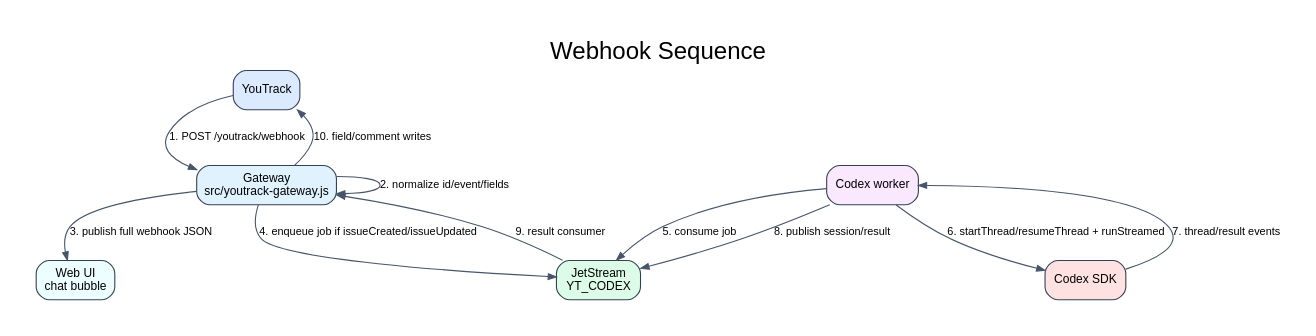
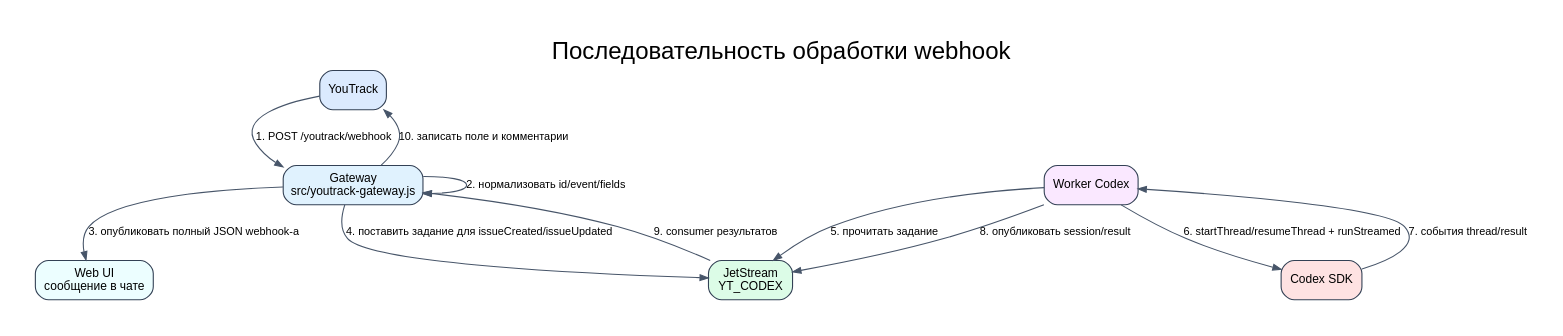
One commit to komaroffsergei/nats-synadia-dev changed the diagram in docs/diagrams/webhook-sequence.dot. Above: the diagram before and after it, drawn with Graphviz. The commit also changed 11 other files, not shown here.

```diff
--- a/docs/diagrams/webhook-sequence.dot
+++ b/docs/diagrams/webhook-sequence.dot
@@ -1,23 +1,23 @@
 digraph G {
-  graph [rankdir=TB, bgcolor="white", pad="0.35", nodesep="0.55", ranksep="0.55", fontname="Arial", label="Webhook Sequence", labelloc="t", fontsize=22];
+  graph [rankdir=TB, bgcolor="white", pad="0.35", nodesep="0.55", ranksep="0.55", fontname="Arial", label="Последовательность обработки webhook", labelloc="t", fontsize=22];
   node [fontname="Arial", fontsize=11, color="#334155"];
   edge [fontname="Arial", fontsize=10, color="#475569", arrowsize=0.75];
 
   youtrack [shape=box, style="rounded,filled", fillcolor="#dbeafe", label="YouTrack"];
   gateway [shape=box, style="rounded,filled", fillcolor="#e0f2fe", label="Gateway\nsrc/youtrack-gateway.js"];
-  ui [shape=box, style="rounded,filled", fillcolor="#ecfeff", label="Web UI\nchat bubble"];
+  ui [shape=box, style="rounded,filled", fillcolor="#ecfeff", label="Web UI\nсообщение в чате"];
   js [shape=box, style="rounded,filled", fillcolor="#dcfce7", label="JetStream\nYT_CODEX"];
-  worker [shape=box, style="rounded,filled", fillcolor="#fae8ff", label="Codex worker"];
+  worker [shape=box, style="rounded,filled", fillcolor="#fae8ff", label="Worker Codex"];
   codex [shape=box, style="rounded,filled", fillcolor="#fee2e2", label="Codex SDK"];
 
   youtrack -> gateway [label="1. POST /youtrack/webhook"];
-  gateway -> gateway [label="2. normalize id/event/fields"];
-  gateway -> ui [label="3. publish full webhook JSON"];
-  gateway -> js [label="4. enqueue job if issueCreated/issueUpdated"];
-  worker -> js [label="5. consume job"];
+  gateway -> gateway [label="2. нормализовать id/event/fields"];
+  gateway -> ui [label="3. опубликовать полный JSON webhook-а"];
+  gateway -> js [label="4. поставить задание для issueCreated/issueUpdated"];
+  worker -> js [label="5. прочитать задание"];
   worker -> codex [label="6. startThread/resumeThread + runStreamed"];
-  codex -> worker [label="7. thread/result events"];
-  worker -> js [label="8. publish session/result"];
-  js -> gateway [label="9. result consumer"];
-  gateway -> youtrack [label="10. field/comment writes"];
+  codex -> worker [label="7. события thread/result"];
+  worker -> js [label="8. опубликовать session/result"];
+  js -> gateway [label="9. consumer результатов"];
+  gateway -> youtrack [label="10. записать поле и комментарии"];
 }
```
